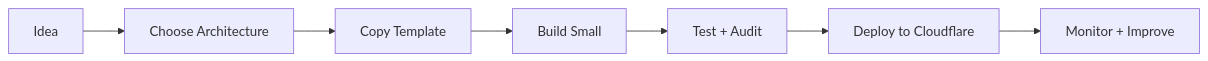
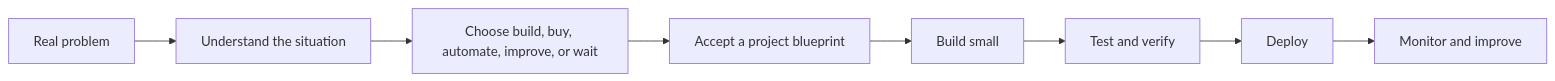
Before and after one commit to mahidulislamnakib/CloudflareOS: the diagram in README.md, drawn with Mermaid. The commit also changed other lines of this file, not shown here.

````diff
--- a/README.md
+++ b/README.md
@@ -36,9 +61,10 @@
 ```mermaid
 flowchart LR
-  Idea[Idea] --> Plan[Choose Architecture]
-  Plan --> Template[Copy Template]
-  Template --> Build[Build Small]
-  Build --> Test[Test + Audit]
-  Test --> Deploy[Deploy to Cloudflare]
-  Deploy --> Improve[Monitor + Improve]
+  Problem[Real problem] --> Discovery[Understand the situation]
+  Discovery --> Decision[Choose build, buy, automate, improve, or wait]
+  Decision --> Blueprint[Accept a project blueprint]
+  Blueprint --> Build[Build small]
+  Build --> Test[Test and verify]
+  Test --> Deploy[Deploy]
+  Deploy --> Improve[Monitor and improve]
 ```
````
